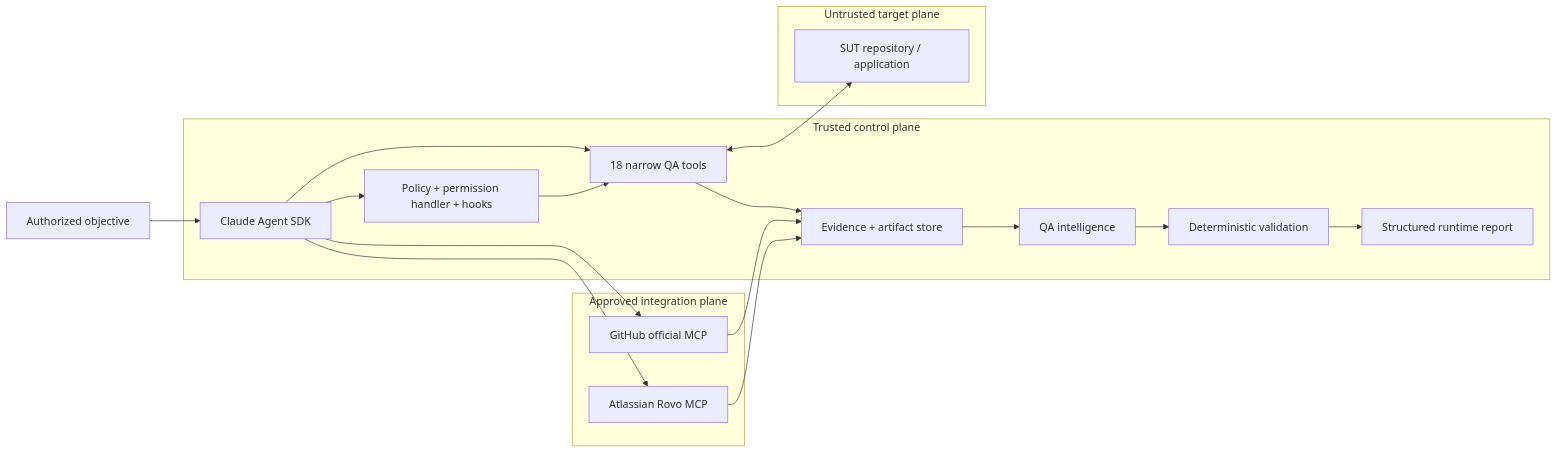
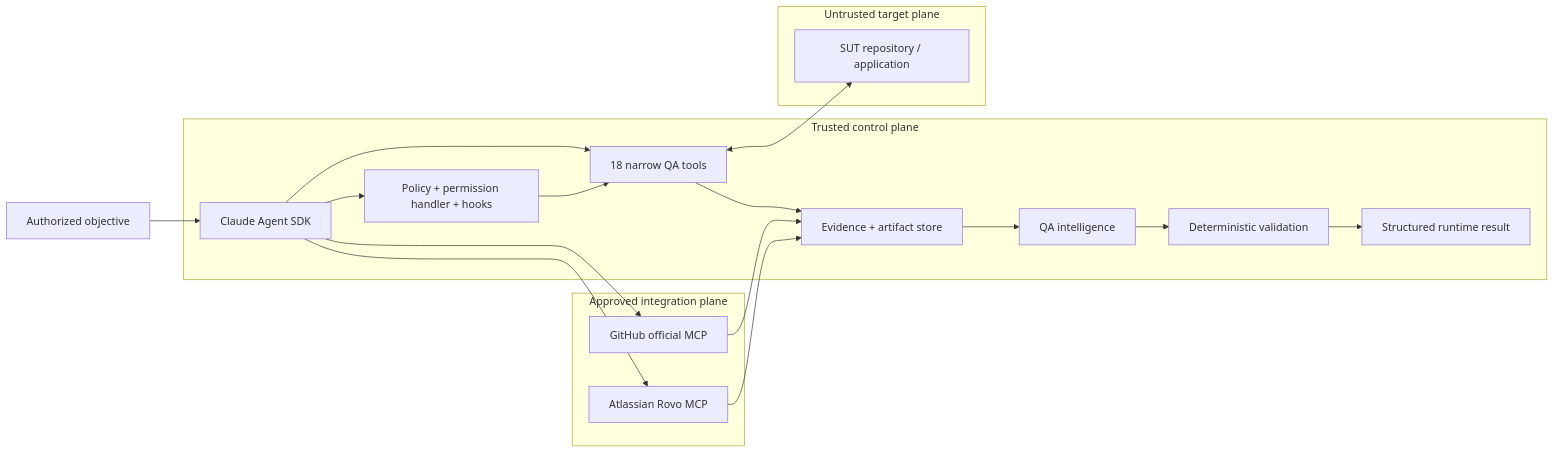
The first of 2 diagrams in README.md (portyu9/ai-qa-automation), drawn with Mermaid before and after one commit. The commit also changed other lines of this file, not shown here.

Commit message:
Refine README with pure GitHub Markdown architecture

````diff
--- a/README.md
+++ b/README.md
@@ -75,29 +90,29 @@
 ```mermaid
 flowchart LR
     O[Authorized objective] --> C[Claude Agent SDK]
 
     subgraph CONTROL[Trusted control plane]
       C --> P[Policy + permission handler + hooks]
       C --> Q[18 narrow QA tools]
       P --> Q
       Q --> E[Evidence + artifact store]
       E --> I[QA intelligence]
       I --> V[Deterministic validation]
-      V --> R[Structured runtime report]
+      V --> R[Structured runtime result]
     end
 
     subgraph TARGET[Untrusted target plane]
       S[SUT repository / application]
     end
 
     subgraph PROVIDERS[Approved integration plane]
       G[GitHub official MCP]
       A[Atlassian Rovo MCP]
     end
 
     Q <--> S
     C --> G
     C --> A
     G --> E
     A --> E
 ```
````
